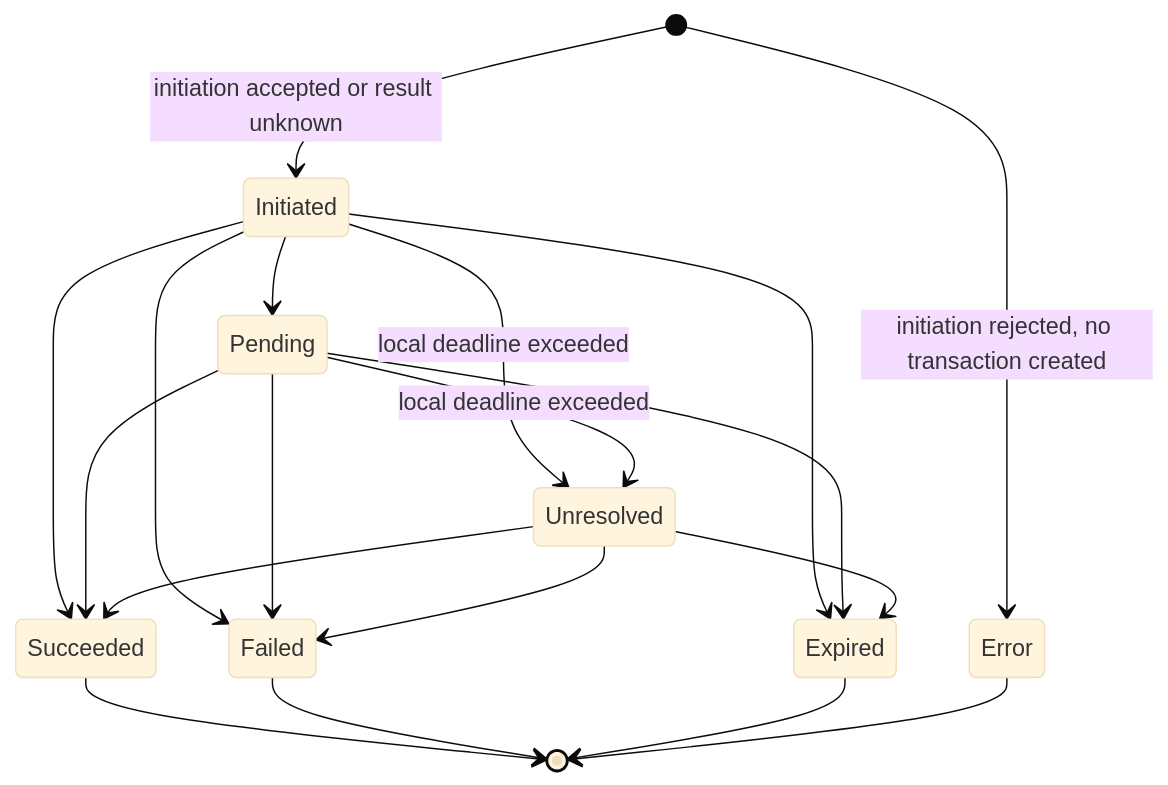
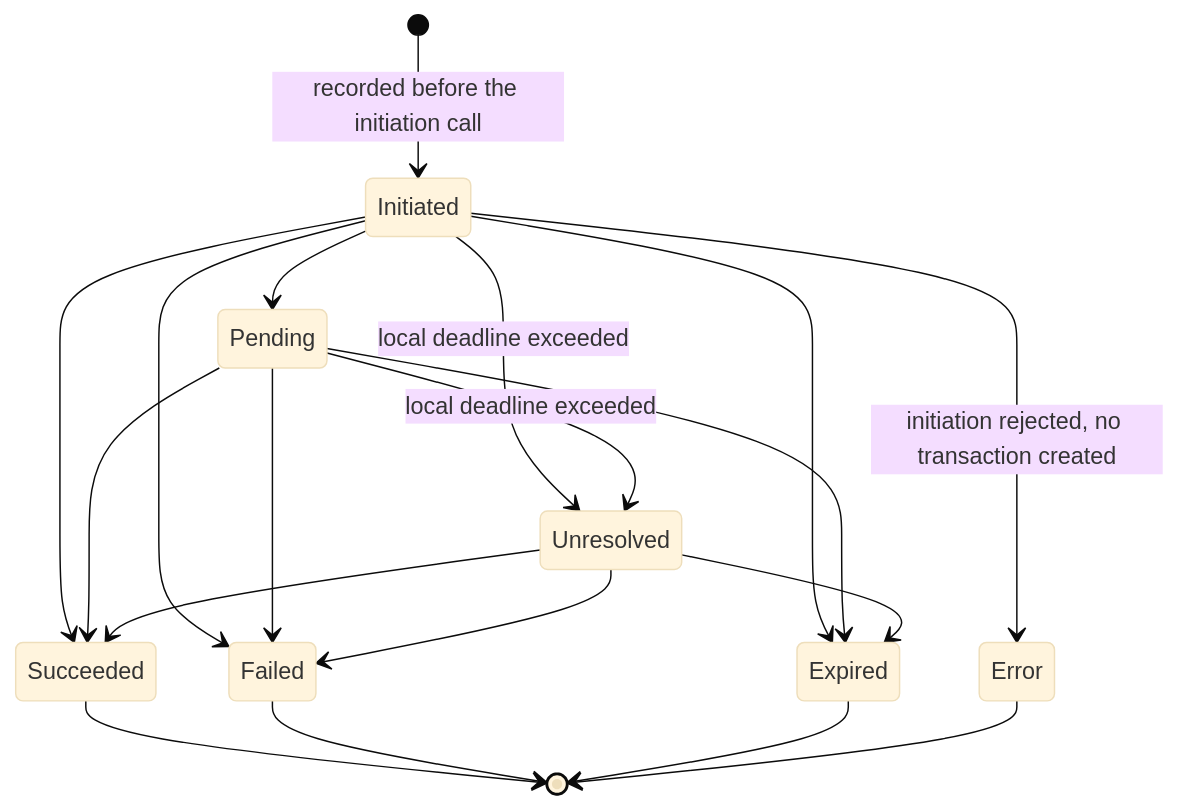
One commit to skyengpro/local_payments changed the third of 4 diagrams in docs/ARCHITECTURE.md. Above: the diagram before and after it, drawn with Mermaid (base theme). The commit also changed other lines of this file and 13 other files, not shown here.

````diff
--- a/docs/ARCHITECTURE.md
+++ b/docs/ARCHITECTURE.md
@@ -339,21 +343,21 @@
 ```mermaid
 stateDiagram-v2
-    [*] --> Initiated : initiation accepted or result unknown
-    [*] --> Error : initiation rejected, no transaction created
+    [*] --> Initiated : recorded before the initiation call
+    Initiated --> Error : initiation rejected, no transaction created
     Initiated --> Pending
     Initiated --> Succeeded
     Initiated --> Failed
     Initiated --> Expired
     Initiated --> Unresolved : local deadline exceeded
     Pending --> Succeeded
     Pending --> Failed
     Pending --> Expired
     Pending --> Unresolved : local deadline exceeded
     Unresolved --> Succeeded
     Unresolved --> Failed
     Unresolved --> Expired
     Succeeded --> [*]
     Failed --> [*]
     Expired --> [*]
     Error --> [*]
 ```
````
